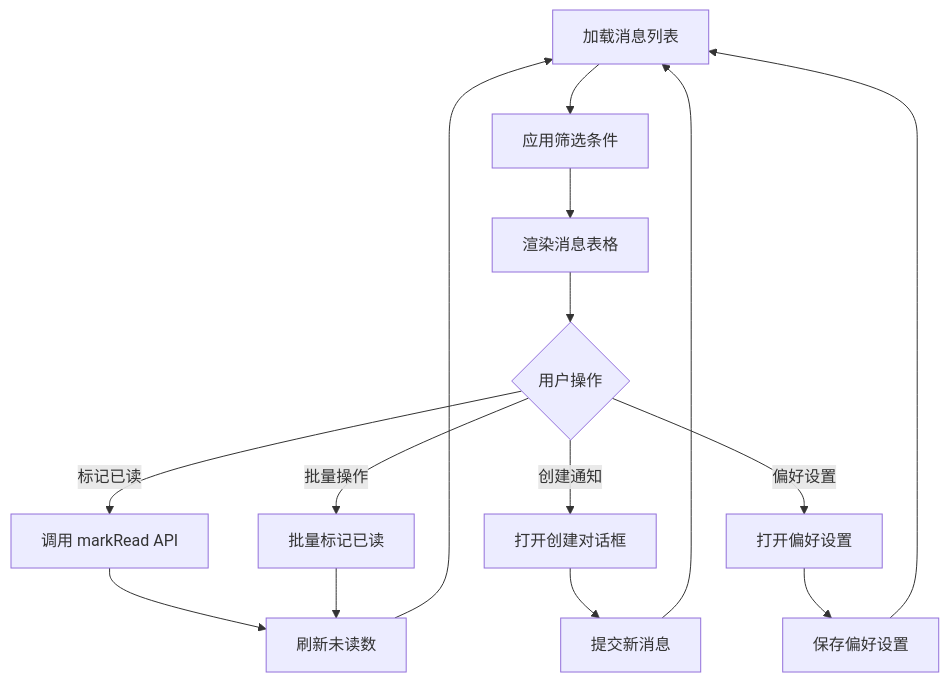
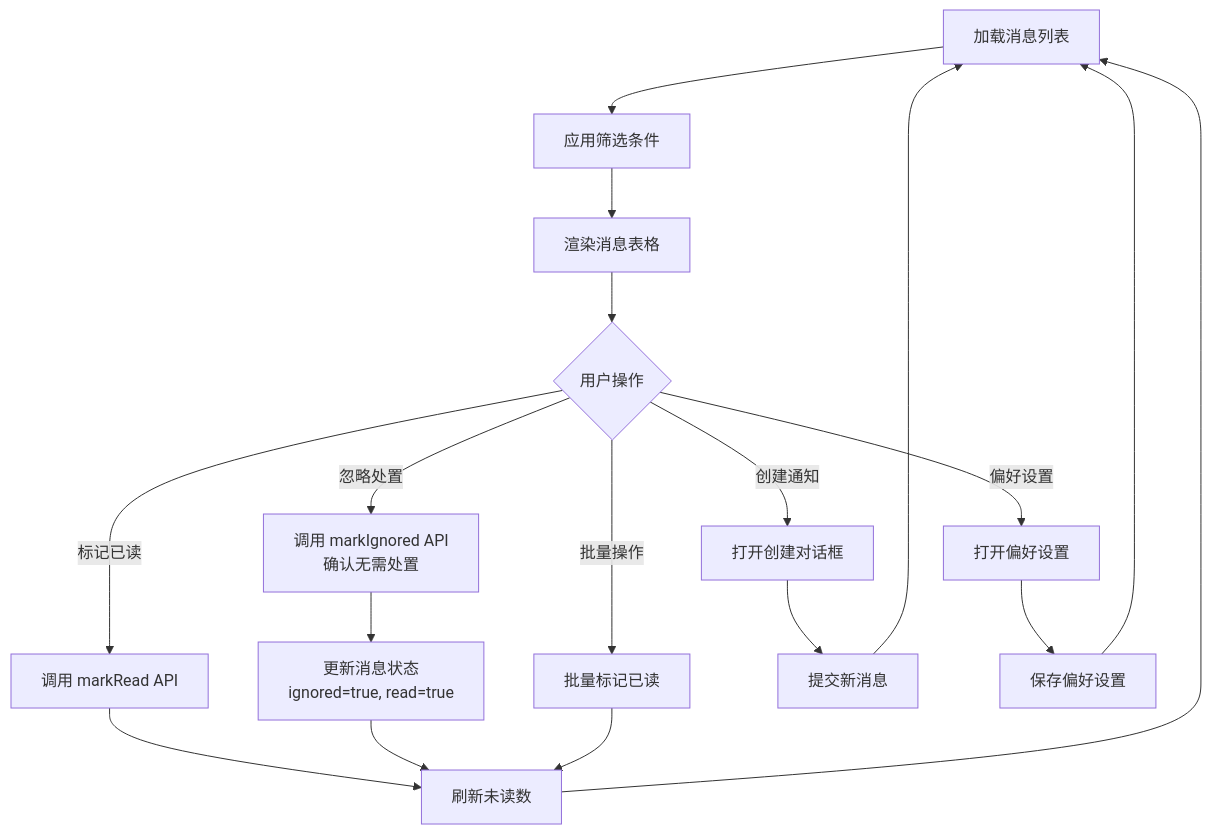
The seventh of 13 diagrams in .qoder/repowiki/zh/content/前端应用文档/核心页面/系统管理页面/系统管理页面.md (q446328246/agri-platform), drawn with Mermaid before and after one commit. The commit also changed other lines of this file and 6 other files, not shown here.

````diff
--- a/.qoder/repowiki/zh/content/前端应用文档/核心页面/系统管理页面/系统管理页面.md
+++ b/.qoder/repowiki/zh/content/前端应用文档/核心页面/系统管理页面/系统管理页面.md
@@ -413,17 +436,20 @@
 ```mermaid
 flowchart TD
 Load["加载消息列表"] --> Filter["应用筛选条件"]
 Filter --> Display["渲染消息表格"]
 Display --> Action{"用户操作"}
 Action --> |标记已读| MarkRead["调用 markRead API"]
+Action --> |忽略处置| IgnoreMessage["调用 markIgnored API<br/>确认无需处置"]
 Action --> |批量操作| BatchRead["批量标记已读"]
 Action --> |创建通知| CreateNotice["打开创建对话框"]
 Action --> |偏好设置| OpenPrefs["打开偏好设置"]
 MarkRead --> Refresh["刷新未读数"]
+IgnoreMessage --> UpdateStatus["更新消息状态<br/>ignored=true, read=true"]
+UpdateStatus --> Refresh
 BatchRead --> Refresh
 CreateNotice --> Submit["提交新消息"]
 OpenPrefs --> SavePrefs["保存偏好设置"]
 Submit --> Load
 SavePrefs --> Load
 Refresh --> Load
 ```
````
